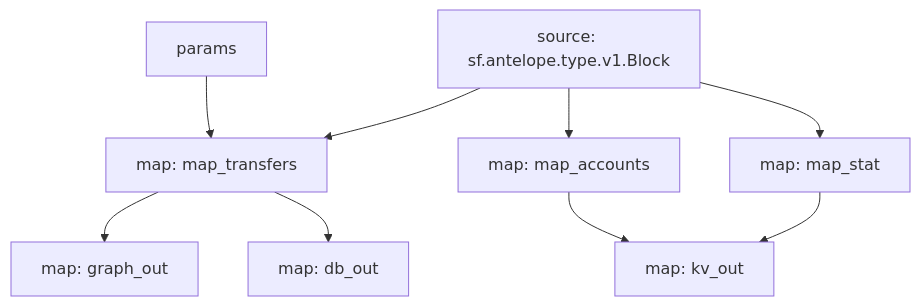
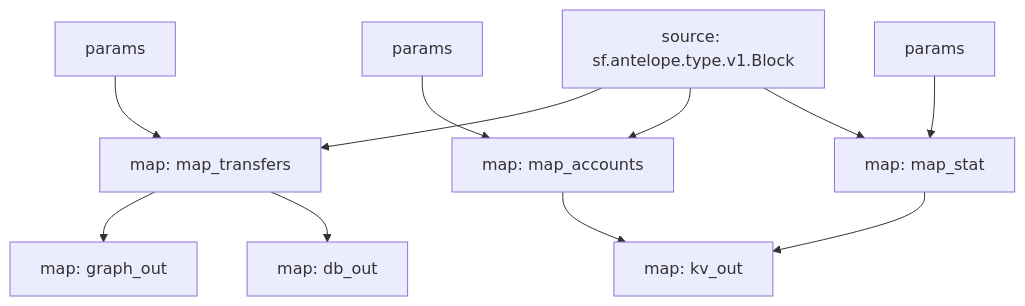
Before and after one commit to pinax-network/substreams: the diagram in eosio.token/README.md, drawn with Mermaid. The commit also changed other lines of this file and 6 other files, not shown here.

````diff
--- a/eosio.token/README.md
+++ b/eosio.token/README.md
@@ -34,17 +34,19 @@
 ```mermaid
 graph TD;
   map_transfers[map: map_transfers];
   map_transfers:params[params] --> map_transfers;
   sf.antelope.type.v1.Block[source: sf.antelope.type.v1.Block] --> map_transfers;
   map_accounts[map: map_accounts];
+  map_accounts:params[params] --> map_accounts;
   sf.antelope.type.v1.Block[source: sf.antelope.type.v1.Block] --> map_accounts;
   map_stat[map: map_stat];
+  map_stat:params[params] --> map_stat;
   sf.antelope.type.v1.Block[source: sf.antelope.type.v1.Block] --> map_stat;
   graph_out[map: graph_out];
   map_transfers --> graph_out;
   kv_out[map: kv_out];
   map_accounts --> kv_out;
   map_stat --> kv_out;
   db_out[map: db_out];
   map_transfers --> db_out;
 ```
````
